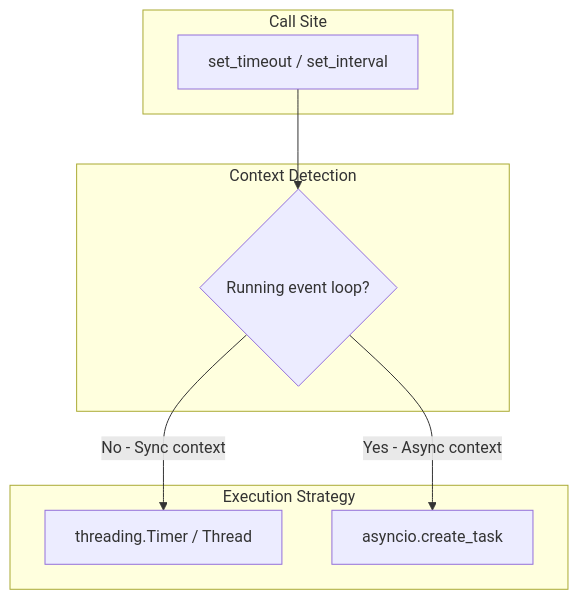
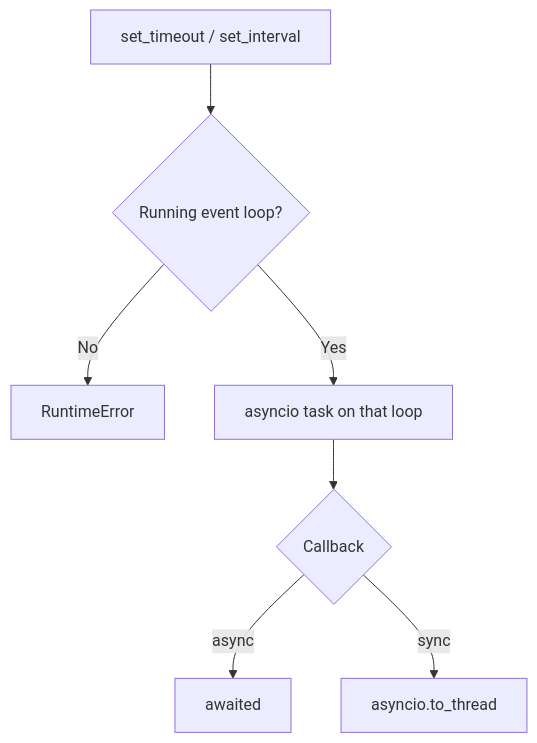
The diagram in docs/user-guide/smarttimer.md (genro-org/genro-toolbox), drawn with Mermaid before and after one commit. The commit also changed other lines of this file and 4 other files, not shown here.

````diff
--- a/docs/user-guide/smarttimer.md
+++ b/docs/user-guide/smarttimer.md
@@ -7,19 +7,9 @@
 ```mermaid
 flowchart TD
-    subgraph "Call Site"
-        A[set_timeout / set_interval]
-    end
-
-    subgraph "Context Detection"
-        B{Running event loop?}
-    end
-
-    subgraph "Execution Strategy"
-        C[threading.Timer / Thread]
-        D[asyncio.create_task]
-    end
-
-    A --> B
-    B -->|No - Sync context| C
-    B -->|Yes - Async context| D
+    A[set_timeout / set_interval] --> B{Running event loop?}
+    B -->|No| E[RuntimeError]
+    B -->|Yes| D[asyncio task on that loop]
+    D --> F{Callback}
+    F -->|async| G[awaited]
+    F -->|sync| H[asyncio.to_thread]
 ```
````
